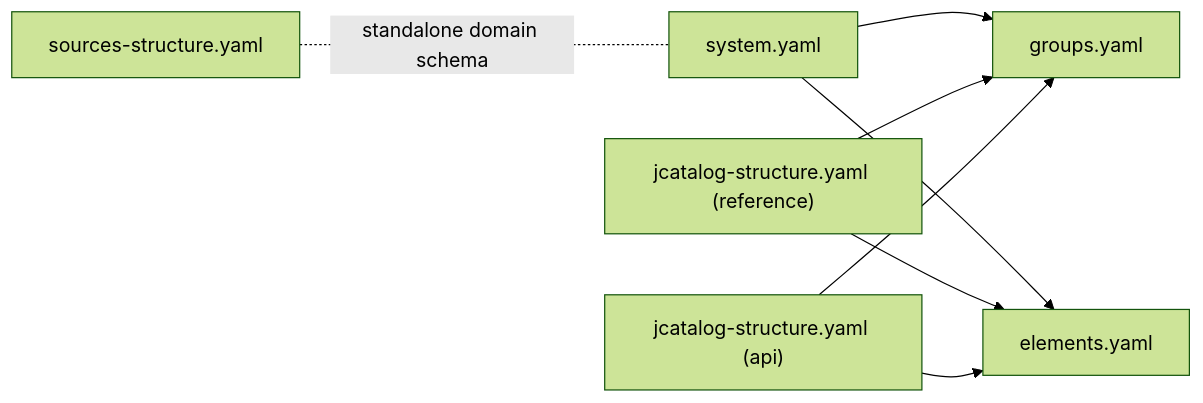
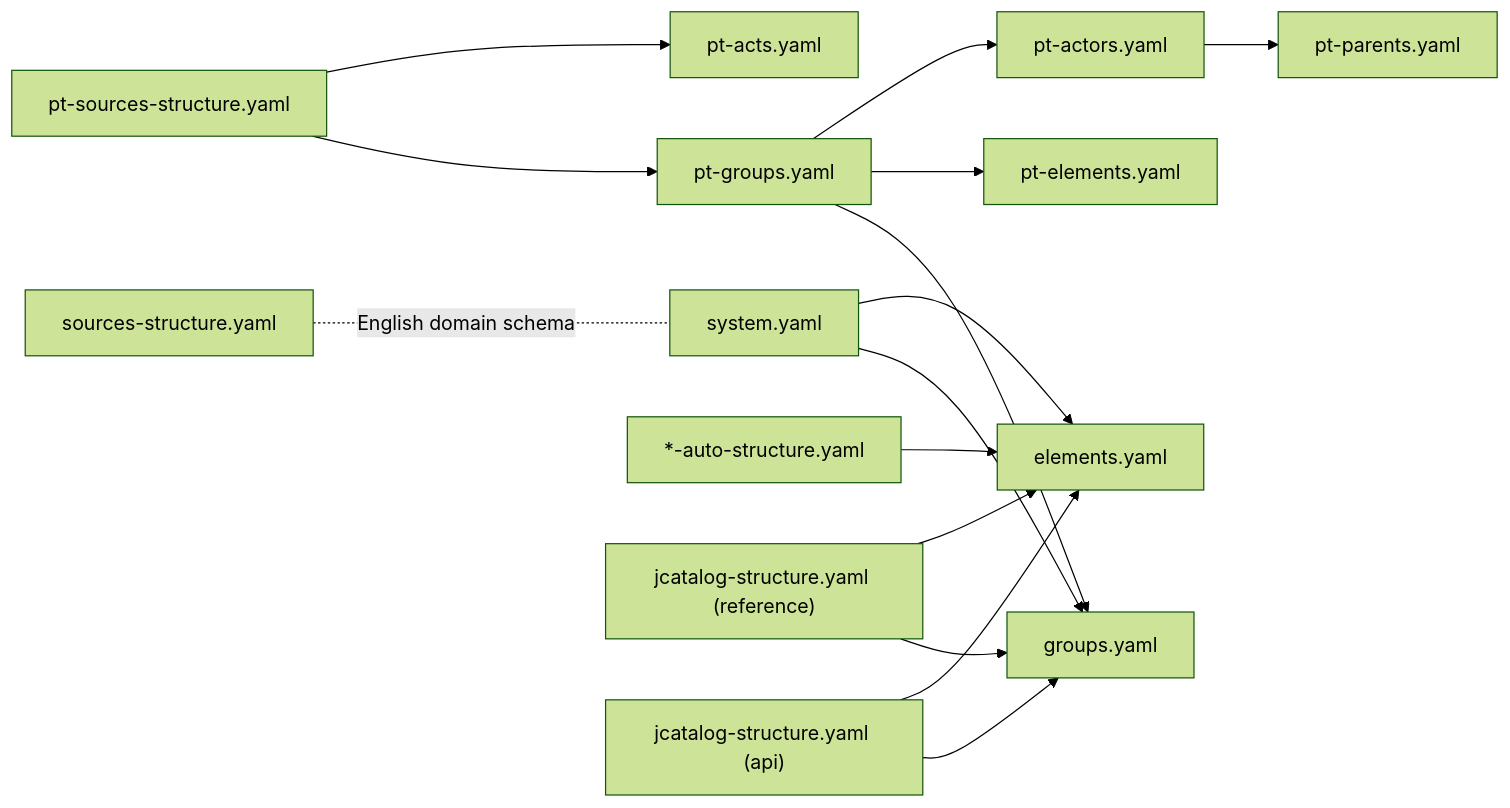
The sixth of 6 diagrams in .qoder/repowiki/en/content/Structure Definition System/Structure File Formats.md (time-link/timelink-kleio), drawn with Mermaid (forest theme) before and after one commit. The commit also changed other lines of this file and 189 other files, not shown here.

````diff
--- a/.qoder/repowiki/en/content/Structure Definition System/Structure File Formats.md
+++ b/.qoder/repowiki/en/content/Structure Definition System/Structure File Formats.md
@@ -252,10 +481,17 @@
 ```mermaid
 graph LR
 SY["system.yaml"] --> G["groups.yaml"]
 SY --> E["elements.yaml"]
-GS["sources-structure.yaml"] -. "standalone domain schema" .- SY
+GS["sources-structure.yaml"] -. "English domain schema" .- SY
+PTSS["pt-sources-structure.yaml"] --> PTG["pt-groups.yaml"]
+PTSS --> PTA["pt-acts.yaml"]
+PTG --> G
+PTG --> PE["pt-elements.yaml"]
+PTG --> PA["pt-actors.yaml"]
+PA --> PP["pt-parents.yaml"]
+AS["*-auto-structure.yaml"] --> E
 JR["jcatalog-structure.yaml (reference)"] --> G
 JR --> E
 JA["jcatalog-structure.yaml (api)"] --> G
 JA --> E
 ```
````
